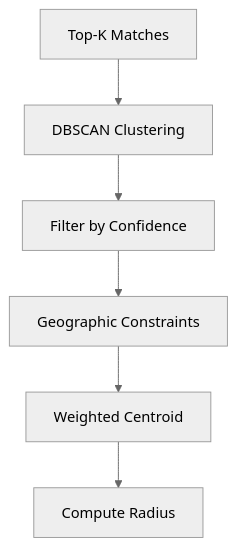
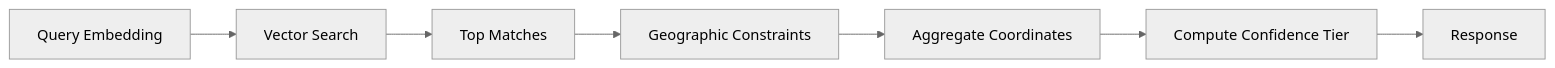
One commit to AngelP17/geowraith changed the second of 2 diagrams in ARCHITECTURE.md. Above: the diagram before and after it, drawn with Mermaid (neutral theme). The commit also changed other lines of this file and 90 other files, not shown here.

````diff
--- a/ARCHITECTURE.md
+++ b/ARCHITECTURE.md
@@ -273,8 +64,9 @@
 ```mermaid
-flowchart TB
-    MATCHES[Top-K Matches] --> DBSCAN[DBSCAN Clustering]
-    DBSCAN --> FILTERS[Filter by Confidence]
-    FILTERS --> CONSTRAINTS[Geographic Constraints]
-    CONSTRAINTS --> CENTROID[Weighted Centroid]
-    CENTROID --> RADIUS[Compute Radius]
+flowchart LR
+    Q[Query Embedding] --> S[Vector Search]
+    S --> T[Top Matches]
+    T --> G[Geographic Constraints]
+    G --> A[Aggregate Coordinates]
+    A --> C[Compute Confidence Tier]
+    C --> R[Response]
 ```
````
